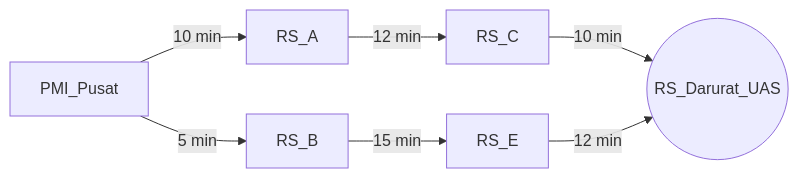
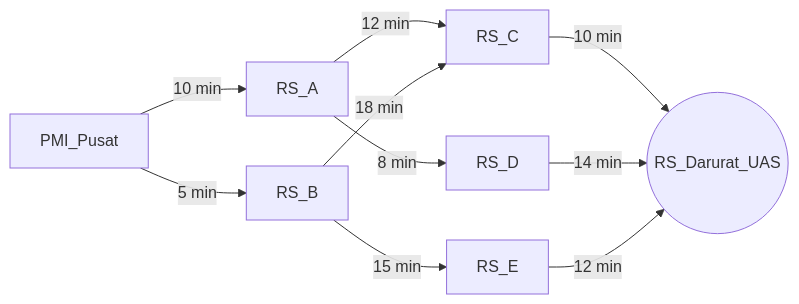
The diagram in README.md (KelvinMarpaung18/Smartcare-Logistic), drawn with Mermaid before and after one commit. The commit also changed other lines of this file and 7 other files, not shown here.

````diff
--- a/README.md
+++ b/README.md
@@ -53,9 +53,12 @@
 ```mermaid
 graph LR
     PMI[PMI_Pusat] -->|10 min| RSA[RS_A]
     PMI -->|5 min| RSB[RS_B]
     RSA -->|12 min| RSC[RS_C]
+    RSA -->|8 min| RSD[RS_D]
+    RSB -->|18 min| RSC
     RSB -->|15 min| RSE[RS_E]
     RSC -->|10 min| Goal((RS_Darurat_UAS))
+    RSD -->|14 min| Goal
     RSE -->|12 min| Goal
 ```
````
